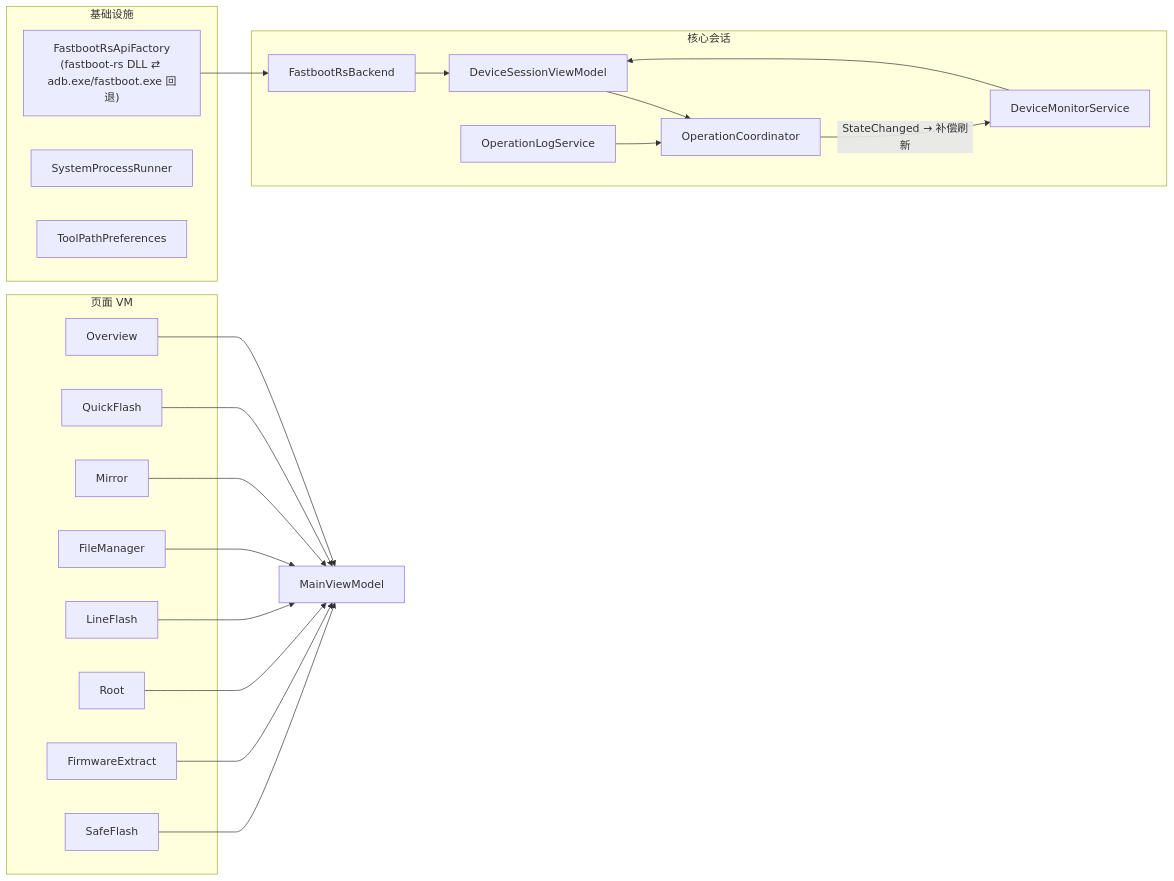
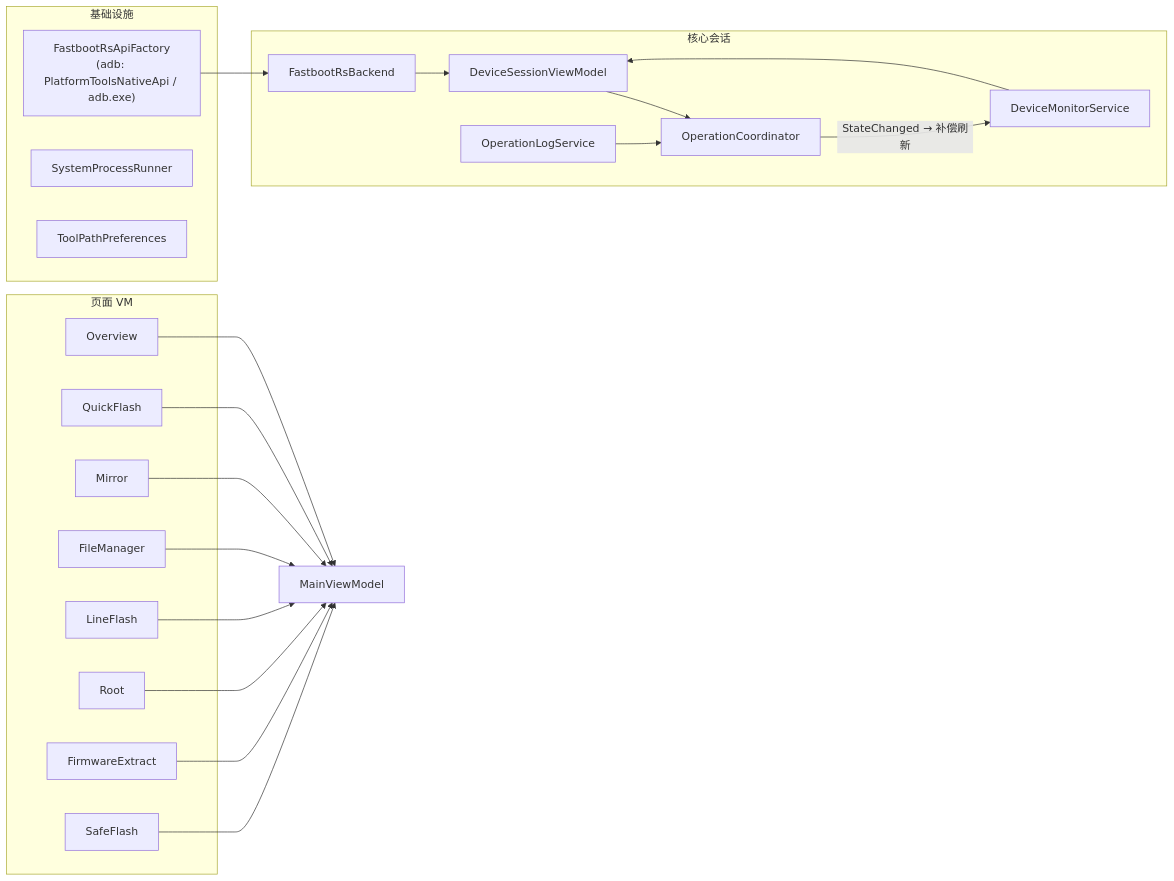
One commit to xxz13352/VivoKsu changed the third of 11 diagrams in docs/architecture.md. Above: the diagram before and after it, drawn with Mermaid. The commit also changed other lines of this file and 36 other files, not shown here.

First line of the commit message:
refactor: 移除 fastboot-rs,统一唯一 fastboot.exe(带连续进度 + 可读错误)

````diff
--- a/docs/architecture.md
+++ b/docs/architecture.md
@@ -136,35 +136,35 @@
 ```mermaid
 flowchart LR
     subgraph infra["基础设施"]
-        NATIVE["FastbootRsApiFactory\n(fastboot-rs DLL ⇄ adb.exe/fastboot.exe 回退)"]
+        NATIVE["FastbootRsApiFactory\n(adb: PlatformToolsNativeApi / adb.exe)"]
         PROC["SystemProcessRunner"]
         PREFS["ToolPathPreferences"]
     end
     subgraph core["核心会话"]
         BACKEND["FastbootRsBackend"]
         SESSION["DeviceSessionViewModel"]
         LOGS["OperationLogService"]
         COORD["OperationCoordinator"]
         MONITOR["DeviceMonitorService"]
     end
     subgraph pages["页面 VM"]
         OVER["Overview"]
         QF["QuickFlash"]
         MIR["Mirror"]
         FM["FileManager"]
         LF["LineFlash"]
         ROOT["Root"]
         FE["FirmwareExtract"]
         SF["SafeFlash"]
     end
     MAIN["MainViewModel"]
 
     NATIVE --> BACKEND
     BACKEND --> SESSION
     SESSION --> COORD
     LOGS --> COORD
     MONITOR --> SESSION
     COORD -->|StateChanged → 补偿刷新| MONITOR
 
     OVER & QF & MIR & FM & LF & ROOT & FE & SF --> MAIN
 ```
````
